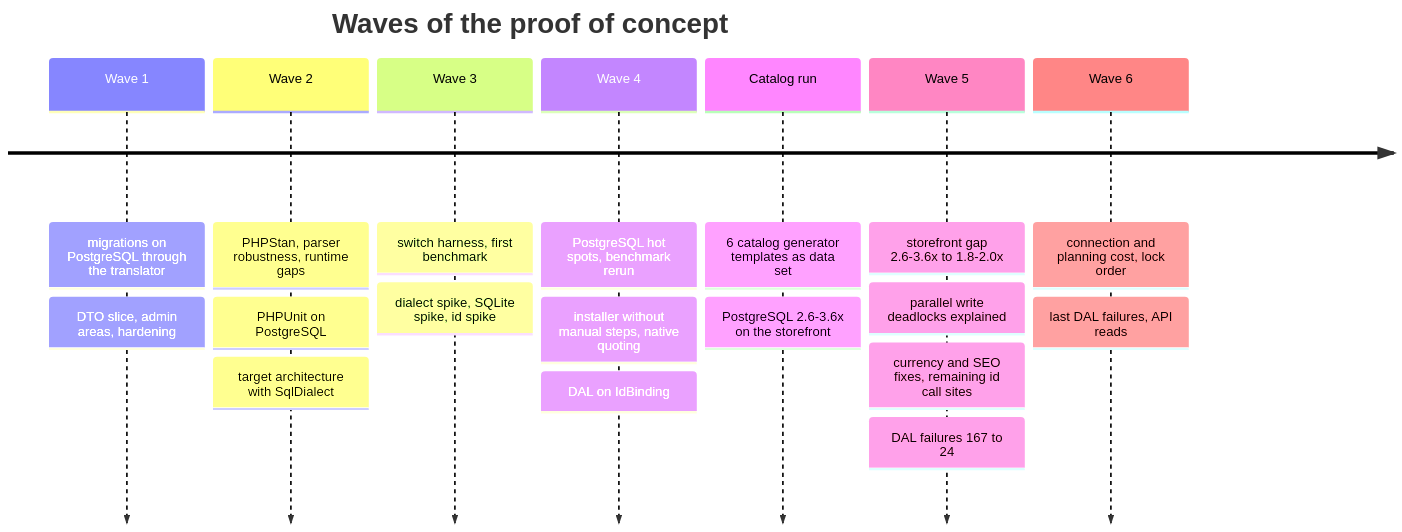
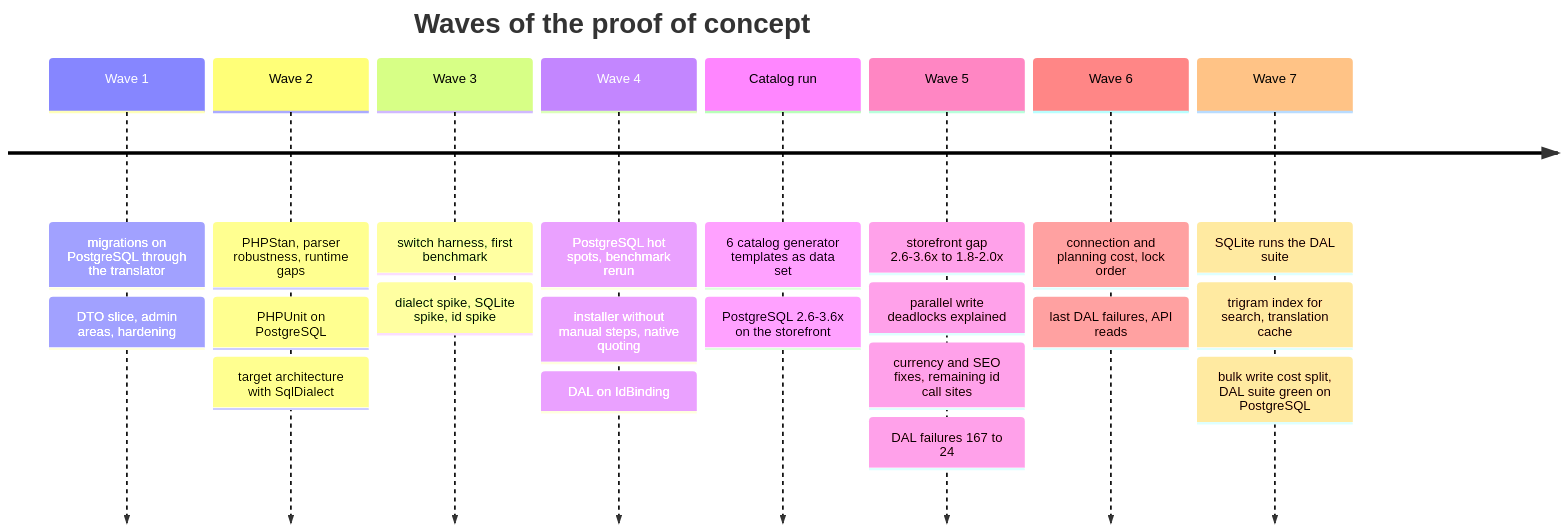
The fifth of 5 diagrams in docs/summary.md (BrocksiNet/shopware-db-independent), drawn with Mermaid before and after one commit. The commit also changed other lines of this file and 32 other files, not shown here.

````diff
--- a/docs/summary.md
+++ b/docs/summary.md
@@ -223,22 +230,25 @@
 ```mermaid
 timeline
     title Waves of the proof of concept
     Wave 1 : migrations on PostgreSQL through the translator
            : DTO slice, admin areas, hardening
     Wave 2 : PHPStan, parser robustness, runtime gaps
            : PHPUnit on PostgreSQL
            : target architecture with SqlDialect
     Wave 3 : switch harness, first benchmark
            : dialect spike, SQLite spike, id spike
     Wave 4 : PostgreSQL hot spots, benchmark rerun
            : installer without manual steps, native quoting
            : DAL on IdBinding
     Catalog run : 6 catalog generator templates as data set
                 : PostgreSQL 2.6-3.6x on the storefront
     Wave 5 : storefront gap 2.6-3.6x to 1.8-2.0x
            : parallel write deadlocks explained
            : currency and SEO fixes, remaining id call sites
            : DAL failures 167 to 24
     Wave 6 : connection and planning cost, lock order
            : last DAL failures, API reads
+    Wave 7 : SQLite runs the DAL suite
+           : trigram index for search, translation cache
+           : bulk write cost split, DAL suite green on PostgreSQL
 ```
````
